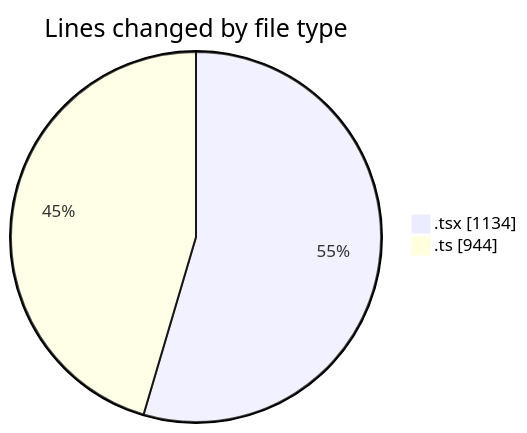
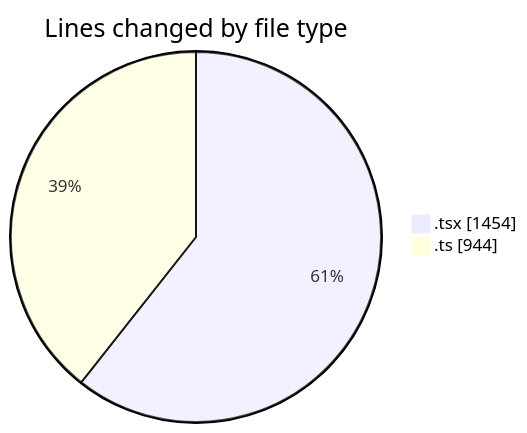
Before and after one commit to julien-gomy/code-tracking: the first of 2 diagrams in 2025-10-15/eventscop-frontend-guide__workspace_/README.md, drawn with Mermaid. The commit also changed other lines of this file and 1 other file, not shown here.

````diff
--- a/2025-10-15/eventscop-frontend-guide__workspace_/README.md
+++ b/2025-10-15/eventscop-frontend-guide__workspace_/README.md
@@ -31,6 +33,6 @@
 ```mermaid
 pie showData
 title Lines changed by file type
-".tsx" : 1134
+".tsx" : 1454
 ".ts" : 944
 ```
````
